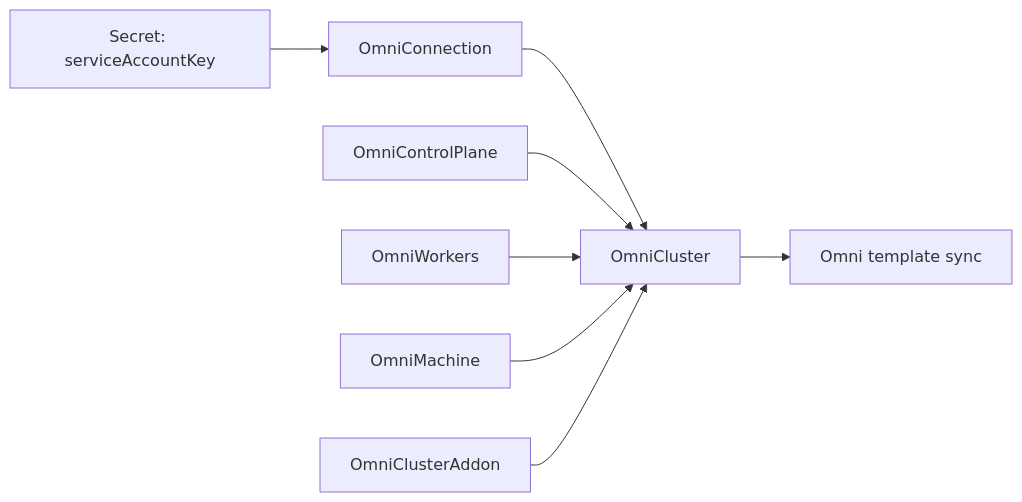
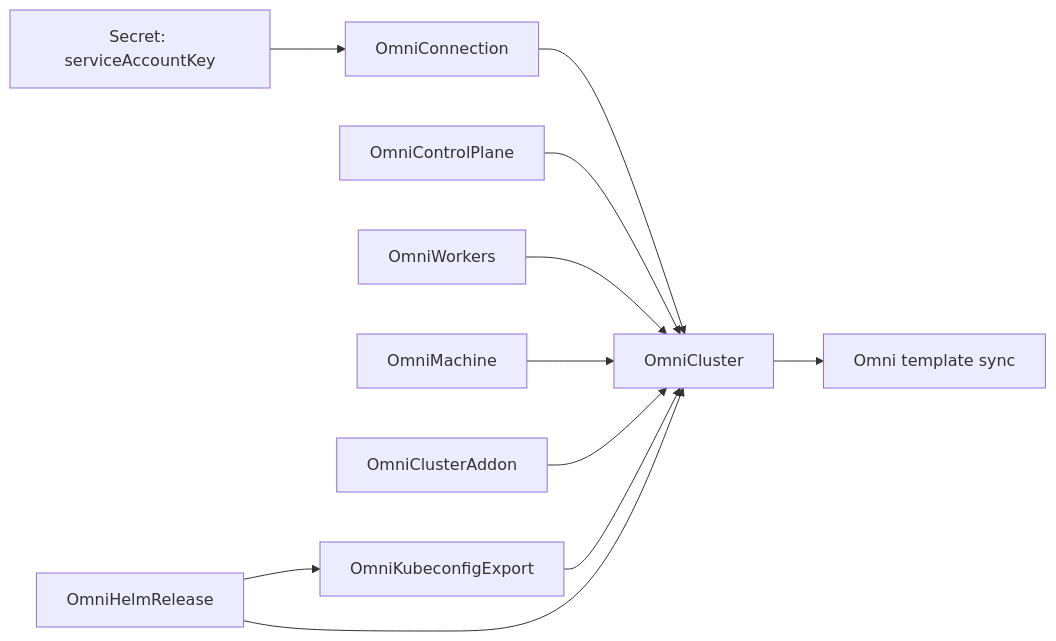
Before and after one commit to texas-hpc/omni-cluster-operator: the diagram in docs/getting-started/create-a-cluster.md, drawn with Mermaid. The commit also changed other lines of this file and 42 other files, not shown here.

Commit message:
Add direct Helm release reconciliation

````diff
--- a/docs/getting-started/create-a-cluster.md
+++ b/docs/getting-started/create-a-cluster.md
@@ -43,10 +43,13 @@
 ```mermaid
 flowchart LR
   Secret["Secret: serviceAccountKey"] --> Connection["OmniConnection"]
   Connection --> Cluster["OmniCluster"]
   ControlPlane["OmniControlPlane"] --> Cluster
   Workers["OmniWorkers"] --> Cluster
   Machine["OmniMachine"] --> Cluster
   Addon["OmniClusterAddon"] --> Cluster
+  Export["OmniKubeconfigExport"] --> Cluster
+  HelmRelease["OmniHelmRelease"] --> Export
+  HelmRelease --> Cluster
   Cluster --> Omni["Omni template sync"]
 ```
````
